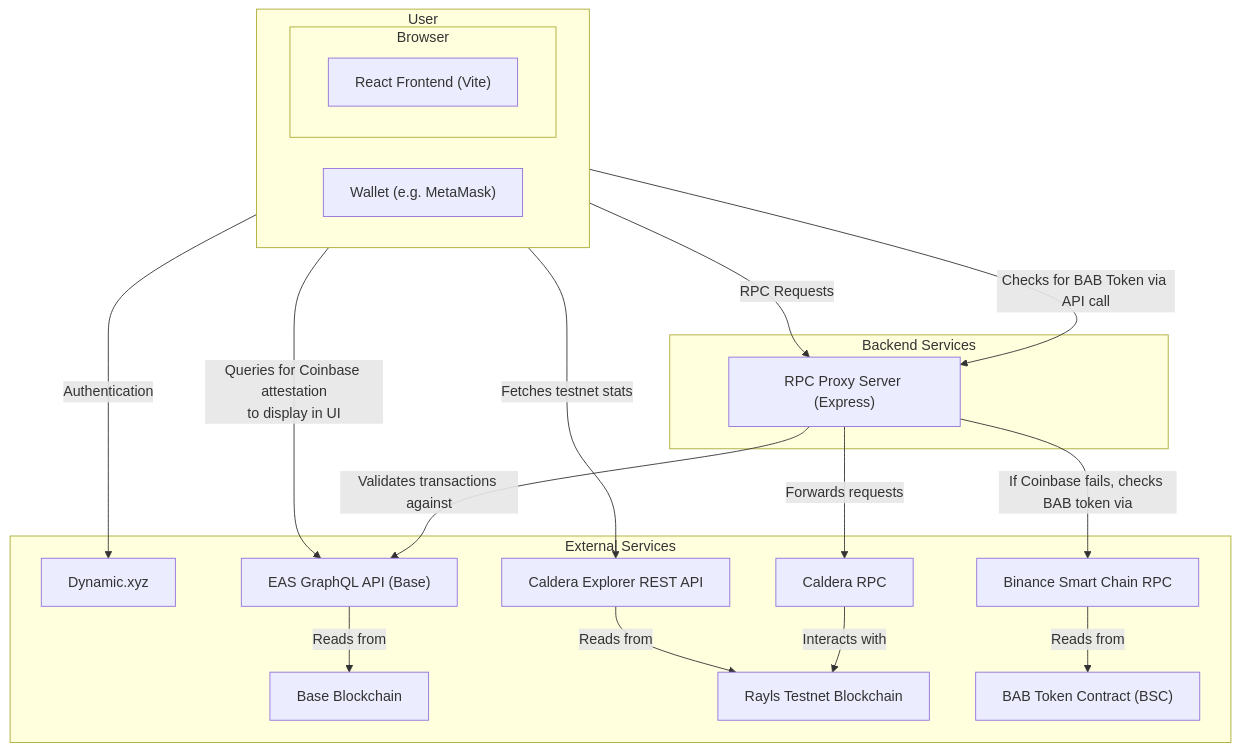
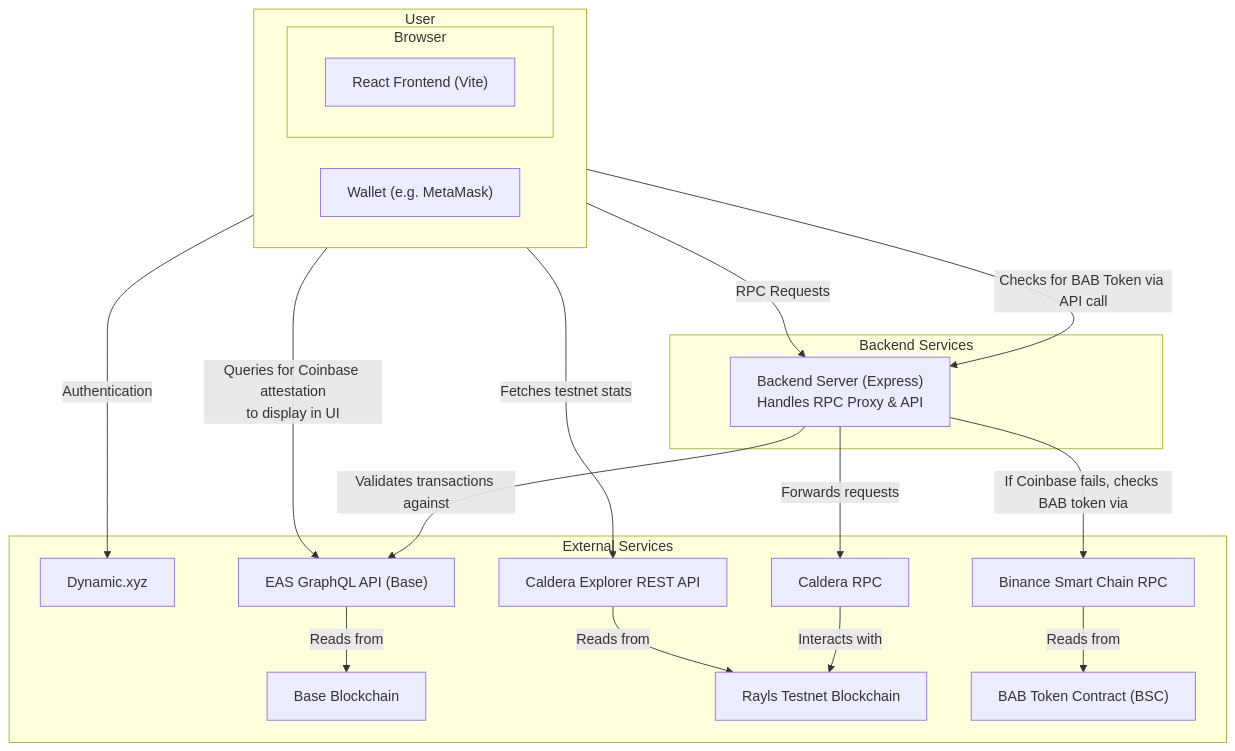
Before and after one commit to AlexJupiter/rayls-dapp: the diagram in README.md, drawn with Mermaid. The commit also changed other lines of this file and 1 other file, not shown here.

````diff
--- a/README.md
+++ b/README.md
@@ -20,38 +22,38 @@
 ```mermaid
 graph TD
     subgraph "User"
         direction LR
         subgraph "Browser"
             A["React Frontend (Vite)"]
         end
         H["Wallet (e.g. MetaMask)"]
     end
 
     subgraph "Backend Services"
-        B["RPC Proxy Server (Express)"]
+        B["Backend Server (Express)<br/>Handles RPC Proxy & API"]
     end
 
     subgraph "External Services"
         C["Dynamic.xyz"]
         D["Caldera RPC"]
         E["EAS GraphQL API (Base)"]
         F["Base Blockchain"]
         G["Rayls Testnet Blockchain"]
         I["Caldera Explorer REST API"]
         J["Binance Smart Chain RPC"]
         K["BAB Token Contract (BSC)"]
     end
 
     A -- "Authentication" --> C;
     A -- "Queries for Coinbase attestation<br/>to display in UI" --> E;
     A -- "Checks for BAB Token via API call" --> B
     A -- "Fetches testnet stats" --> I;
     H -- "RPC Requests" --> B;
     B -- "Forwards requests" --> D;
     D -- "Interacts with" --> G;
     B -- "Validates transactions against" --> E;
     B -- "If Coinbase fails, checks BAB token via" --> J
     E -- "Reads from" --> F;
     I -- "Reads from" --> G;
     J -- "Reads from" --> K;
 ```
````
